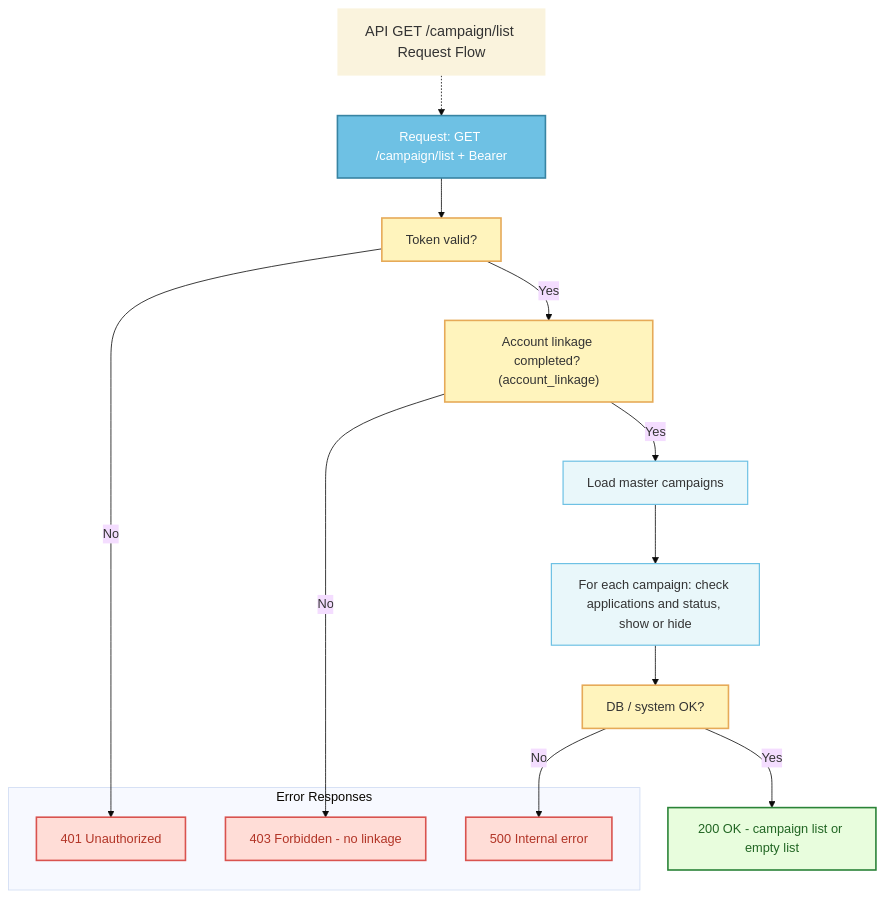
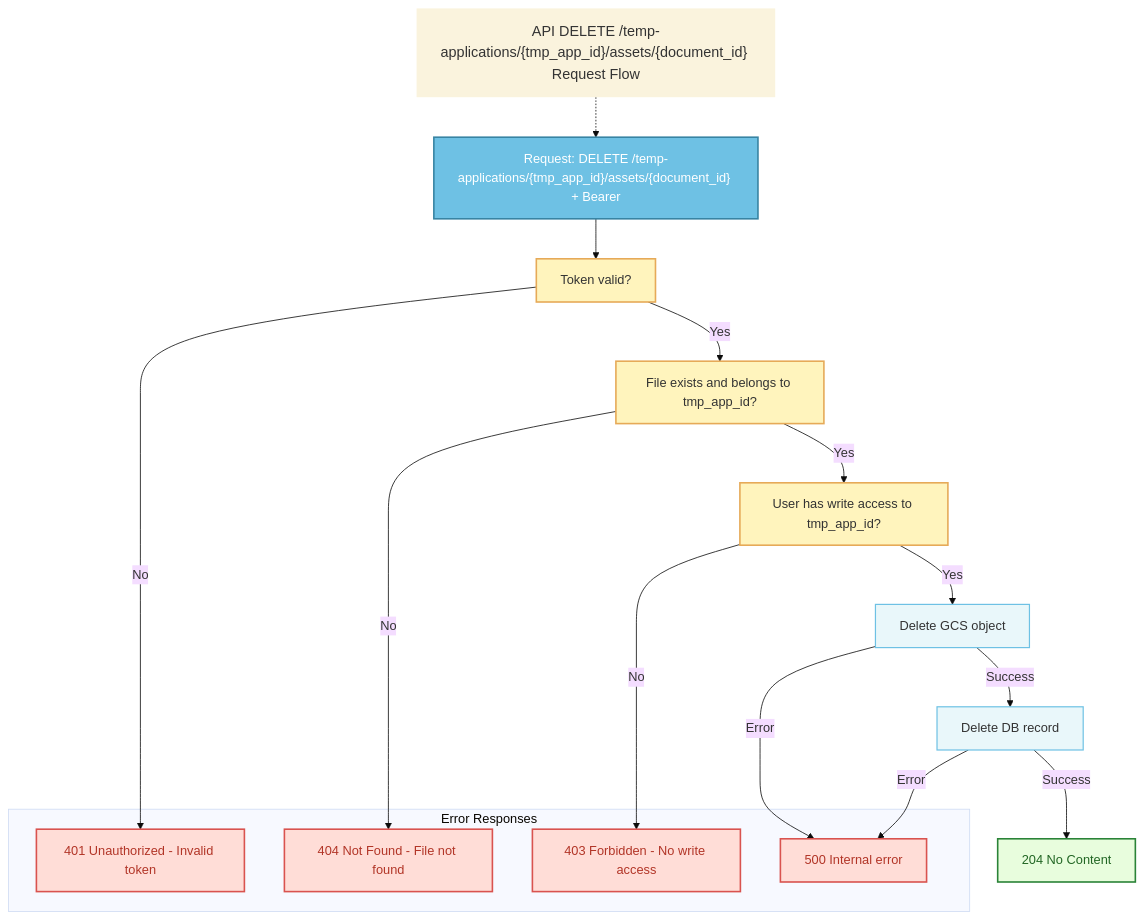
The first of 2 diagrams in TestCase/TC_API/UseTemplate.md (shaxin-coder/Aria--draft), drawn with Mermaid (base theme) before and after one commit. The commit also changed other lines of this file, not shown here.

````diff
--- a/TestCase/TC_API/UseTemplate.md
+++ b/TestCase/TC_API/UseTemplate.md
@@ -298,42 +246,44 @@
 ```mermaid
 flowchart TB
-  title["API GET /campaign/list Request Flow"]:::title
-  A["Request: GET /campaign/list + Bearer"]
+  title["API DELETE /temp-applications/{tmp_app_id}/assets/{document_id} Request Flow"]:::title
+  A["Request: DELETE /temp-applications/{tmp_app_id}/assets/{document_id} + Bearer"]
   B["Token valid?"]
-  C["Account linkage completed? (account_linkage)"]
-  D["Load master campaigns"]
-  E["For each campaign: check applications and status, show or hide"]
-  F["DB / system OK?"]
-  G["200 OK - campaign list or empty list"]
-
+  C["File exists and belongs to tmp_app_id?"]
+  D["User has write access to tmp_app_id?"]
+  E["Delete GCS object"]
+  F["Delete DB record"]
+  G["204 No Content"]
+  
   subgraph errors["Error Responses"]
-    H["401 Unauthorized"]
-    I["403 Forbidden - no linkage"]
-    J["500 Internal error"]
+    H["401 Unauthorized - Invalid token"]
+    I["403 Forbidden - No write access"]
+    J["404 Not Found - File not found"]
+    K["500 Internal error"]
   end
-
+  
   title -.-> A
   A --> B
   B -- No --> H
   B -- Yes --> C
-  C -- No --> I
+  C -- No --> J
   C -- Yes --> D
-  D --> E
-  E --> F
-  F -- No --> J
-  F -- Yes --> G
-
+  D -- No --> I
+  D -- Yes --> E
+  E -- Error --> K
+  E -- Success --> F
+  F -- Error --> K
+  F -- Success --> G
+  
   classDef title fill:#FAF3DD,stroke:#eee,stroke-width:0px,font-size:18px;
   classDef main fill:#6EC1E4,stroke:#3884A3,stroke-width:2px,color:#fff;
   classDef process fill:#E9F7FA,stroke:#6EC1E4,stroke-width:1.5px;
   classDef decision fill:#FFF4BD,stroke:#E6AA58,stroke-width:2px;
   classDef error fill:#FFDDD7,stroke:#D9534F,stroke-width:2px,color:#B23527;
   classDef success fill:#E8FDDD,stroke:#2A8337,stroke-width:2px,color:#226624;
-  classDef neutr fill:#F0EFEF,stroke:#96722D,stroke-width:1.5px,color:#96722D;
   class title title;
   class A main;
-  class B,C,F decision;
-  class D,E process;
+  class B,C,D decision;
+  class E,F process;
   class G success;
-  class H,I,J error;
+  class H,I,J,K error;
 ```
````
